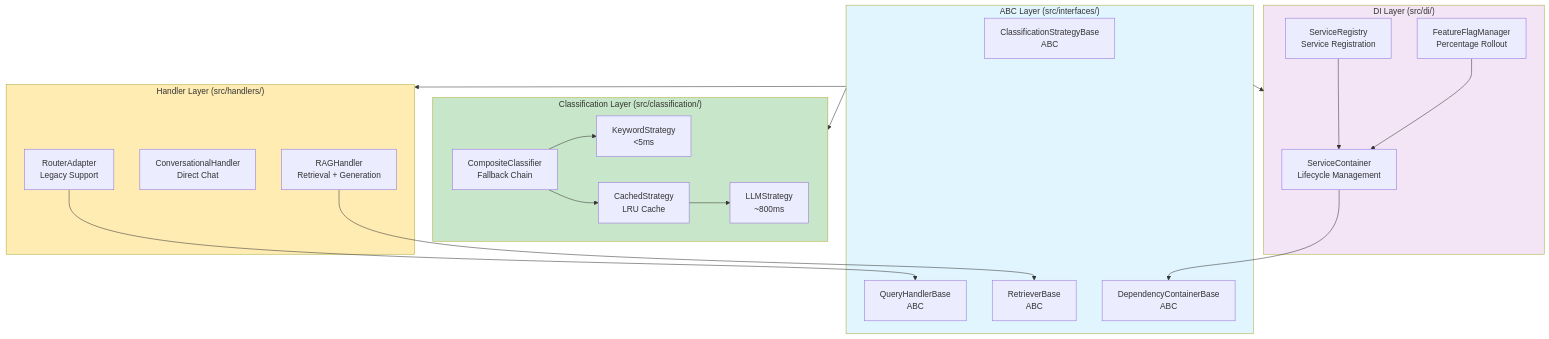
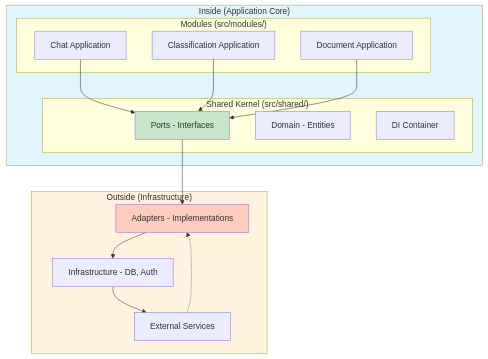
The second of 2 diagrams in docs/system-architecture.md (vuongngochau2004/kira), drawn with Mermaid before and after one commit. The commit also changed other lines of this file and 199 other files, not shown here.

````diff
--- a/docs/system-architecture.md
+++ b/docs/system-architecture.md
@@ -112,48 +104,35 @@
 ```mermaid
 graph TB
-    subgraph Interfaces["ABC Layer (src/interfaces/)"]
-        ClassABC[ClassificationStrategyBase<br/>ABC]
-        HandlerABC[QueryHandlerBase<br/>ABC]
-        RetrieverABC[RetrieverBase<br/>ABC]
-        ContainerABC[DependencyContainerBase<br/>ABC]
+    subgraph Inside["Inside (Application Core)"]
+        subgraph Modules["Modules (src/modules/)"]
+            ChatApp[Chat Application]
+            ClassApp[Classification Application]
+            DocApp[Document Application]
+        end
+        
+        subgraph SharedKernel["Shared Kernel (src/shared/)"]
+            Ports[Ports - Interfaces]
+            Domain[Domain - Entities]
+            Kernel[DI Container]
+        end
     end
 
-    subgraph Classification["Classification Layer (src/classification/)"]
-        Composite[CompositeClassifier<br/>Fallback Chain]
-        Keyword[KeywordStrategy<br/>&lt;5ms]
-        Cached[CachedStrategy<br/>LRU Cache]
-        LLMClass[LLMStrategy<br/>~800ms]
+    subgraph Outside["Outside (Infrastructure)"]
+        Adapters[Adapters - Implementations]
+        Infra[Infrastructure - DB, Auth]
+        External[External Services]
     end
 
-    subgraph Handlers["Handler Layer (src/handlers/)"]
-        RAGHandler[RAGHandler<br/>Retrieval + Generation]
-        ConvHandler[ConversationalHandler<br/>Direct Chat]
-        Adapter[RouterAdapter<br/>Legacy Support]
-    end
+    ChatApp --> Ports
+    ClassApp --> Ports
+    DocApp --> Ports
+    Ports --> Adapters
+    Adapters --> Infra
+    Infra --> External
+    External -.-> Adapters
 
-    subgraph DI["DI Layer (src/di/)"]
-        Container[ServiceContainer<br/>Lifecycle Management]
-        Registry[ServiceRegistry<br/>Service Registration]
-        FeatureFlags[FeatureFlagManager<br/>Percentage Rollout]
-    end
-
-    Interfaces --> Classification
-    Interfaces --> Handlers
-    Interfaces --> DI
-
-    Composite --> Keyword
-    Composite --> Cached
-    Cached --> LLMClass
-
-    RAGHandler --> RetrieverABC
-    Adapter --> HandlerABC
-
-    Container --> ContainerABC
-    Registry --> Container
-    FeatureFlags --> Container
-
-    style Interfaces fill:#e1f5fe
-    style Classification fill:#c8e6c9
-    style Handlers fill:#ffecb3
-    style DI fill:#f3e5f5
+    style Inside fill:#e1f5fe
+    style Outside fill:#fff3e0
+    style Ports fill:#c8e6c9
+    style Adapters fill:#ffccbc
 ```
````
